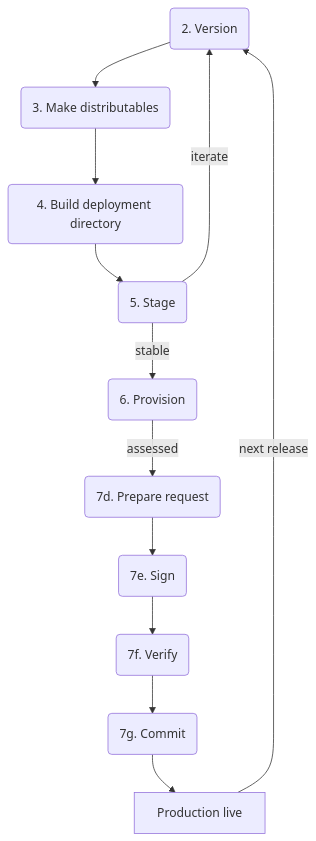
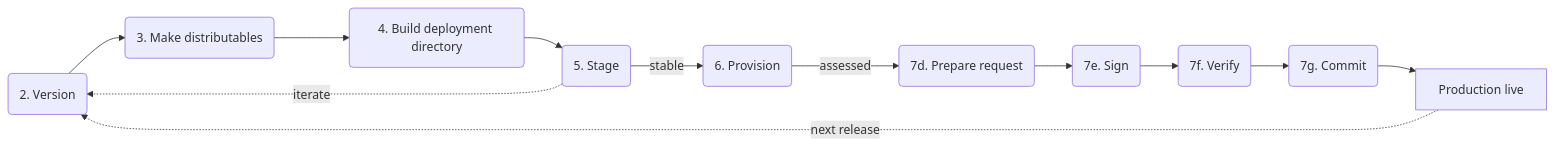
The fourth of 9 diagrams in content/explanation/release-pipeline.mdx (holepunchto/pear-docs), drawn with Mermaid before and after one commit. The commit also changed other lines of this file and 532 other files, not shown here.

````diff
--- a/content/explanation/release-pipeline.mdx
+++ b/content/explanation/release-pipeline.mdx
@@ -102,14 +112,8 @@
 ```mermaid
-graph TD
-  V(2. Version) --> Make(3. Make distributables)
-  Make --> Build(4. Build deployment directory)
-  Build --> Stage(5. Stage)
-  Stage -->|iterate| V
+graph LR
+  V(2. Version) --> Make(3. Make distributables) --> Build(4. Build deployment directory) --> Stage(5. Stage)
   Stage -->|stable| Prov(6. Provision)
-  Prov -->|assessed| Req(7d. Prepare request)
-  Req --> Sign(7e. Sign)
-  Sign --> Verify(7f. Verify)
-  Verify --> Commit(7g. Commit)
-  Commit --> Live[Production live]
-  Live -->|next release| V
+  Prov -->|assessed| Req(7d. Prepare request) --> Sign(7e. Sign) --> Verify(7f. Verify) --> Commit(7g. Commit) --> Live[Production live]
+  Stage -.->|iterate| V
+  Live -.->|next release| V
 ```
````
